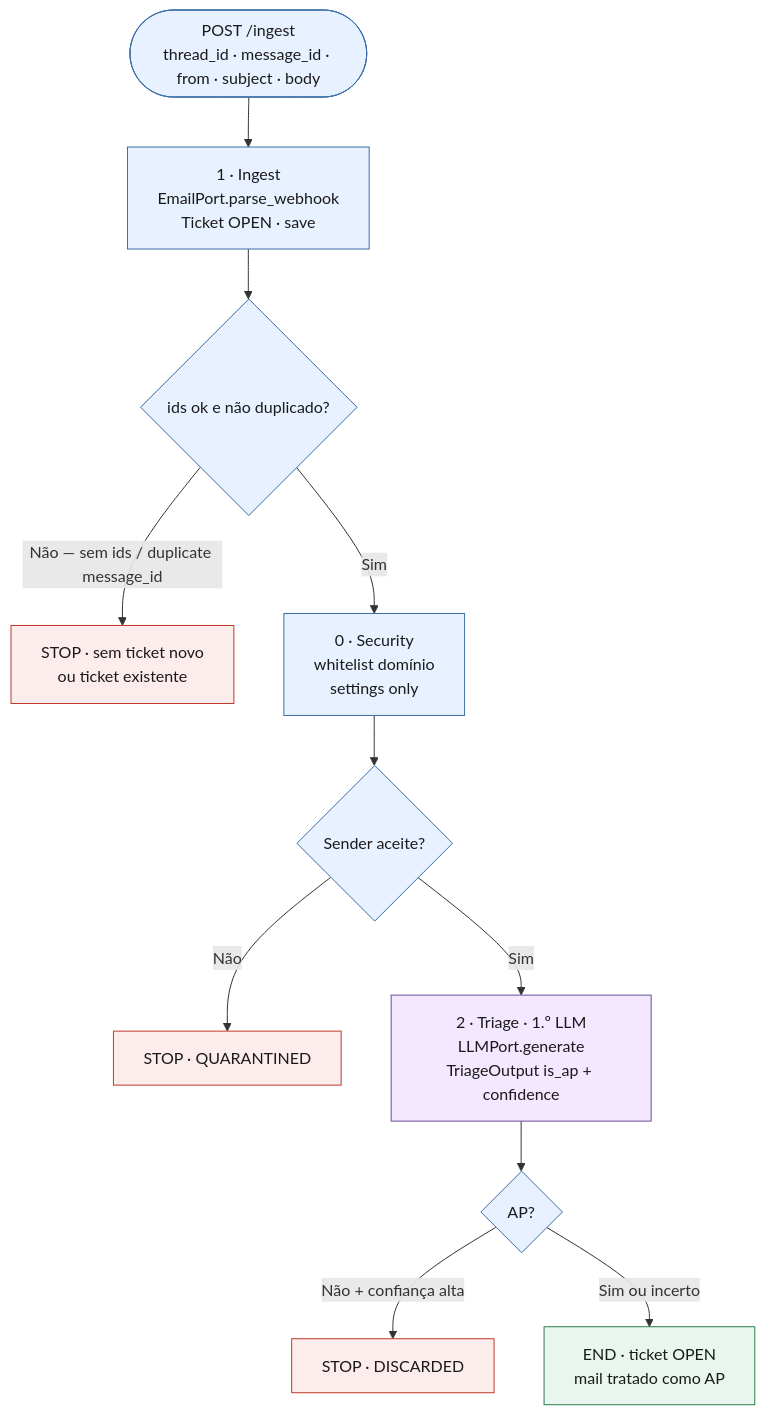
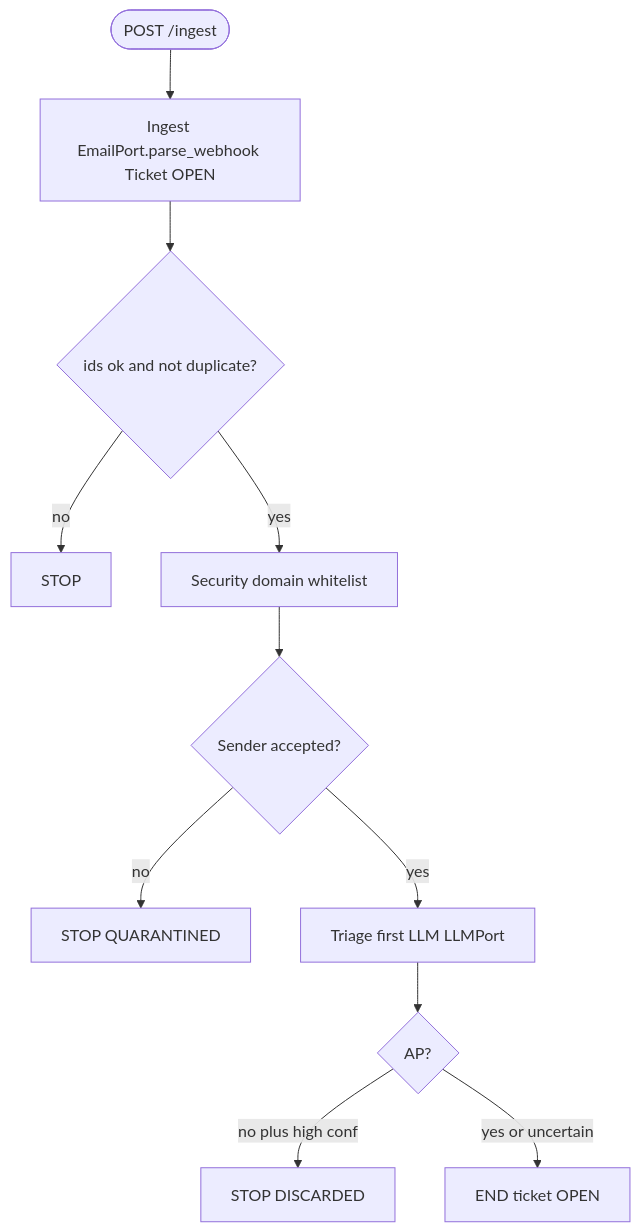
Before and after one commit to Jtomaspires/AP-wokflow: the second of 6 diagrams in docs/diagrams/LAB_CALL_DIAGRAMS.md, drawn with Mermaid. The commit also changed other lines of this file and 11 other files, not shown here.

Commit message:
project scope bigger - more steps than triage... check diagram

````diff
--- a/docs/diagrams/LAB_CALL_DIAGRAMS.md
+++ b/docs/diagrams/LAB_CALL_DIAGRAMS.md
@@ -70,26 +51,13 @@
 ```mermaid
 flowchart TD
-  classDef node fill:#E8F1FF,stroke:#3B6EA5,color:#1A1A1A
-  classDef stop fill:#FDECEC,stroke:#C0392B,color:#1A1A1A
-  classDef ok fill:#E8F6EE,stroke:#2E7D4F,color:#1A1A1A
-  classDef llm fill:#F3E8FF,stroke:#6B4C9A,color:#1A1A1A
-
-  START([POST /ingest<br/>thread_id · message_id · from · subject · body]) --> N1
-
-  N1["1 · Ingest<br/>EmailPort.parse_webhook<br/>Ticket OPEN · save"] --> N1D{ids ok e não duplicado?}
-  N1D -->|Não — sem ids / duplicate message_id| REJ["STOP · sem ticket novo<br/>ou ticket existente"]
-  N1D -->|Sim| N0
-
-  N0["0 · Security<br/>whitelist domínio<br/>settings only"] --> N0D{Sender aceite?}
-  N0D -->|Não| QUAR["STOP · QUARANTINED"]
-  N0D -->|Sim| N2
-
-  N2["2 · Triage · 1.º LLM<br/>LLMPort.generate<br/>TriageOutput is_ap + confidence"] --> N2D{AP?}
-  N2D -->|Não + confiança alta| DISC["STOP · DISCARDED"]
-  N2D -->|Sim ou incerto| OPEN["END · ticket OPEN<br/>mail tratado como AP"]
-
-  class N1,N0 node
-  class N2 llm
-  class REJ,QUAR,DISC stop
-  class OPEN ok
+  START([POST /ingest]) --> N1
+  N1["Ingest EmailPort.parse_webhook Ticket OPEN"] --> N1D{ids ok and not duplicate?}
+  N1D -->|no| REJ["STOP"]
+  N1D -->|yes| N0
+  N0["Security domain whitelist"] --> N0D{Sender accepted?}
+  N0D -->|no| QUAR["STOP QUARANTINED"]
+  N0D -->|yes| N2
+  N2["Triage first LLM LLMPort"] --> N2D{AP?}
+  N2D -->|no plus high conf| DISC["STOP DISCARDED"]
+  N2D -->|yes or uncertain| OPEN["END ticket OPEN"]
 ```
````
